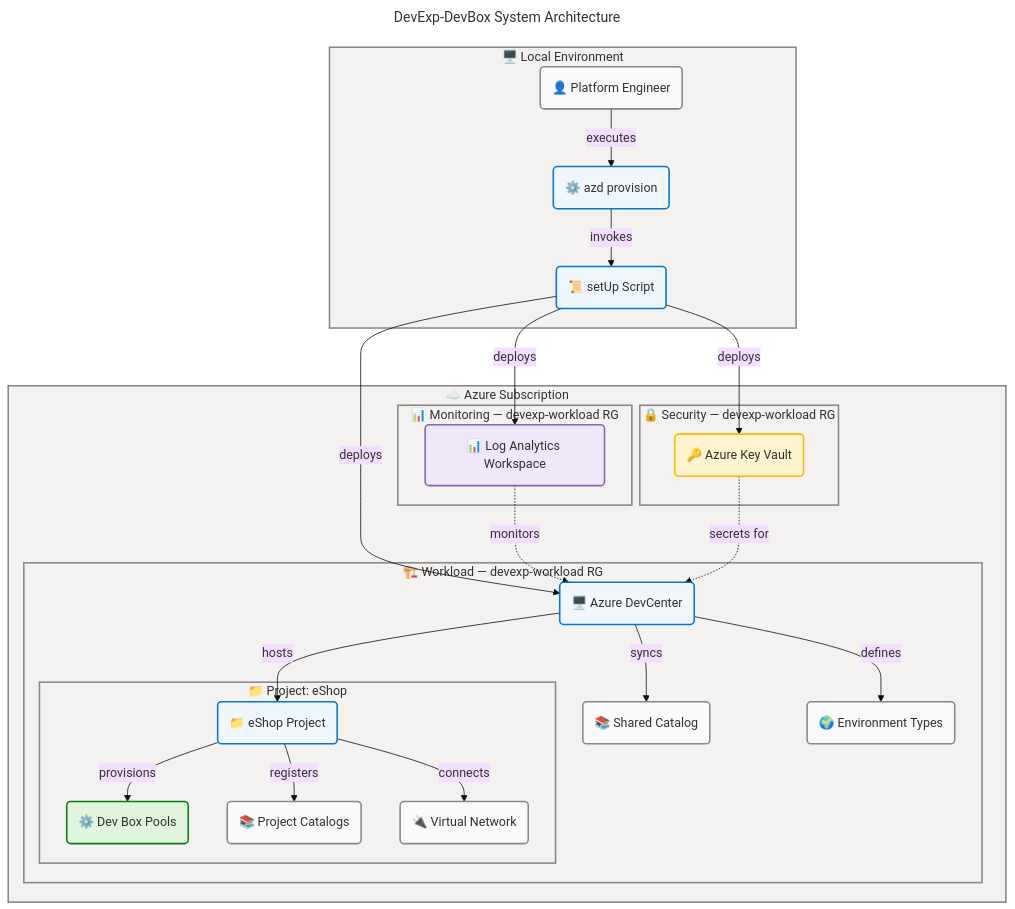
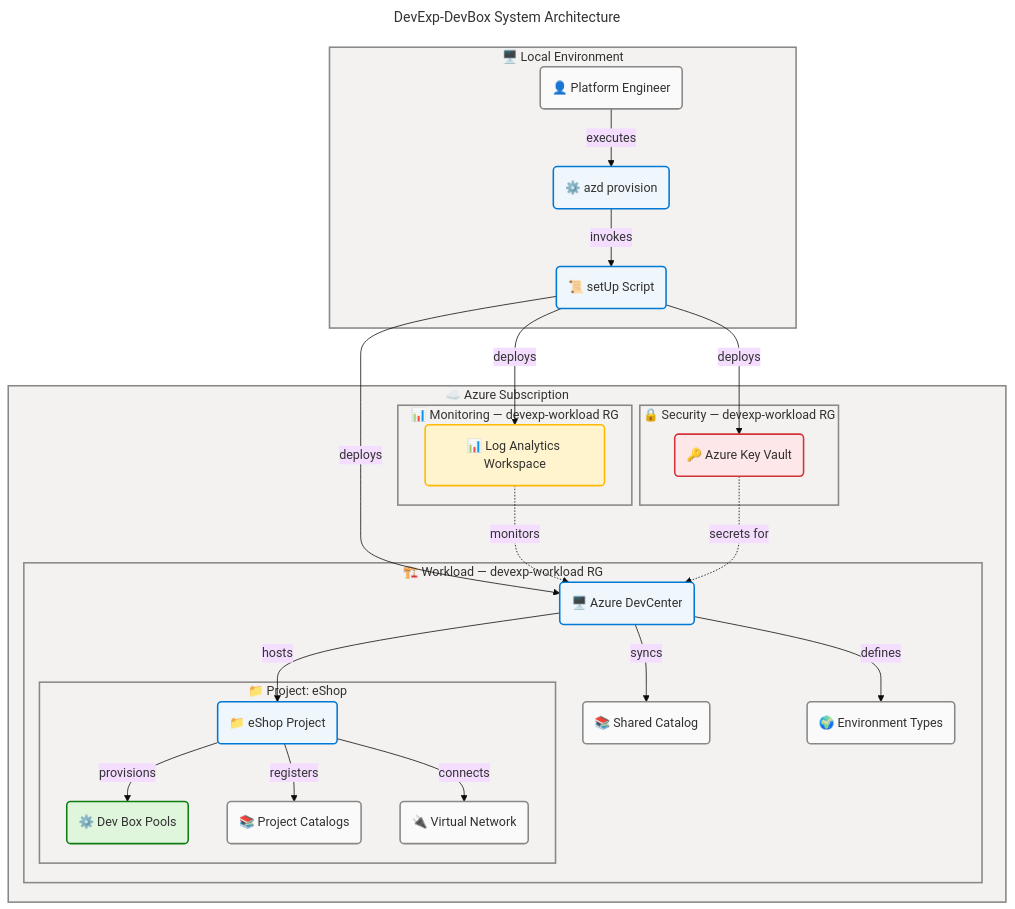
Before and after one commit to Evilazaro/DevExp-DevBox: the diagram in README.md, drawn with Mermaid.

Commit message:
refactor: Update Mermaid diagram styles for improved visual distinction in monitoring and security layers

````diff
--- a/README.md
+++ b/README.md
@@ -54,81 +54,81 @@
 ```mermaid
 ---
 title: "DevExp-DevBox System Architecture"
 config:
   theme: base
   look: classic
   layout: dagre
   flowchart:
     htmlLabels: true
   themeVariables:
     fontSize: '16px'
 ---
 flowchart TB
     accTitle: DevExp-DevBox System Architecture
     accDescr: Deployment workflow from platform engineer to Azure DevCenter, with Key Vault, Log Analytics, Dev Box pools, and virtual network connectivity
 
     %% ═══════════════════════════════════════════════════════════════════════════
     %% AZURE / FLUENT ARCHITECTURE PATTERN v1.1
     %% (Semantic + Structural + Font + Accessibility Governance)
     %% ═══════════════════════════════════════════════════════════════════════════
     %% PHASE 1 - FLUENT UI: All styling uses approved Fluent UI palette only
     %% PHASE 2 - GROUPS: Every subgraph has semantic color via style directive
     %% PHASE 3 - COMPONENTS: Every node has semantic classDef + icon prefix
     %% PHASE 4 - ACCESSIBILITY: accTitle/accDescr present, WCAG AA contrast
     %% PHASE 5 - STANDARD: Governance block present, classDefs centralized
     %% ═══════════════════════════════════════════════════════════════════════════
 
     subgraph devEnv["🖥️ Local Environment"]
         dev("👤 Platform Engineer"):::neutral
         azdUp("⚙️ azd provision"):::core
         setScript("📜 setUp Script"):::core
     end
 
     subgraph azureSub["☁️ Azure Subscription"]
         subgraph monitoringLayer["📊 Monitoring — devexp-workload RG"]
-            la("📊 Log Analytics Workspace"):::data
+            la("📊 Log Analytics Workspace"):::warning
         end
         subgraph securityLayer["🔒 Security — devexp-workload RG"]
-            kv("🔑 Azure Key Vault"):::warning
+            kv("🔑 Azure Key Vault"):::danger
         end
         subgraph workloadLayer["🏗️ Workload — devexp-workload RG"]
             dc("🖥️ Azure DevCenter"):::core
             catalog("📚 Shared Catalog"):::neutral
             envTypes("🌍 Environment Types"):::neutral
             subgraph eShopProject["📁 Project: eShop"]
                 proj("📁 eShop Project"):::core
                 pools("⚙️ Dev Box Pools"):::success
                 projCatalog("📚 Project Catalogs"):::neutral
                 vnet("🔌 Virtual Network"):::neutral
             end
         end
     end
 
     dev -->|"executes"| azdUp
     azdUp -->|"invokes"| setScript
     setScript -->|"deploys"| la
     setScript -->|"deploys"| kv
     setScript -->|"deploys"| dc
     dc -->|"syncs"| catalog
     dc -->|"defines"| envTypes
     dc -->|"hosts"| proj
     proj -->|"provisions"| pools
     proj -->|"registers"| projCatalog
     proj -->|"connects"| vnet
     la -.->|"monitors"| dc
     kv -.->|"secrets for"| dc
 
     style devEnv fill:#F3F2F1,stroke:#8A8886,stroke-width:2px,color:#323130
     style azureSub fill:#F3F2F1,stroke:#8A8886,stroke-width:2px,color:#323130
     style monitoringLayer fill:#F3F2F1,stroke:#8A8886,stroke-width:2px,color:#323130
     style securityLayer fill:#F3F2F1,stroke:#8A8886,stroke-width:2px,color:#323130
     style workloadLayer fill:#F3F2F1,stroke:#8A8886,stroke-width:2px,color:#323130
     style eShopProject fill:#F3F2F1,stroke:#8A8886,stroke-width:2px,color:#323130
 
     %% Centralized semantic classDefs (Phase 5 compliant)
     classDef neutral fill:#FAFAFA,stroke:#8A8886,stroke-width:2px,color:#323130
     classDef core fill:#EFF6FC,stroke:#0078D4,stroke-width:2px,color:#323130
     classDef success fill:#DFF6DD,stroke:#107C10,stroke-width:2px,color:#323130
     classDef warning fill:#FFF4CE,stroke:#FFB900,stroke-width:2px,color:#323130
-    classDef data fill:#F0E6FA,stroke:#8764B8,stroke-width:2px,color:#323130
+    classDef danger fill:#FDE7E9,stroke:#D13438,stroke-width:2px,color:#323130
 ```
````
